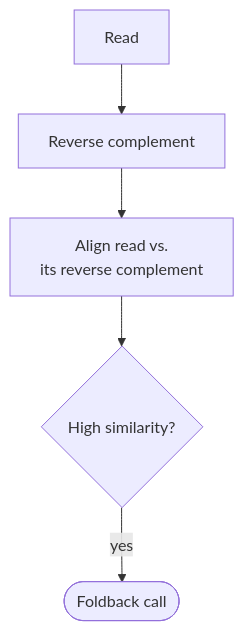
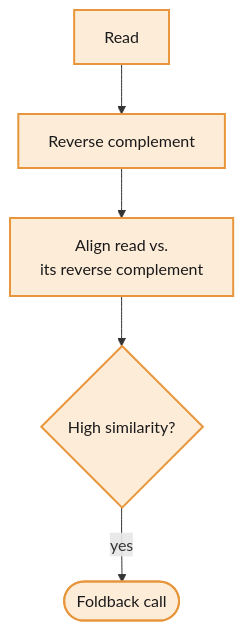
Before and after one commit to collaborativebioinformatics/Foldback_hunters: the fourth of 4 diagrams in charts.md, drawn with Mermaid. The commit also changed other lines of this file, not shown here.

````diff
--- a/charts.md
+++ b/charts.md
@@ -70,7 +93,10 @@
 ```mermaid
 flowchart TD
     A[Read] --> B[Reverse complement]
     B --> C[Align read vs.<br/>its reverse complement]
     C --> D{High similarity?}
     D -->|yes| E([Foldback call])
+
+    classDef detailC fill:#FDECD8,stroke:#E8963C,stroke-width:2px,color:#1a1a1a;
+    class A,B,C,D,E detailC;
 ```
````
